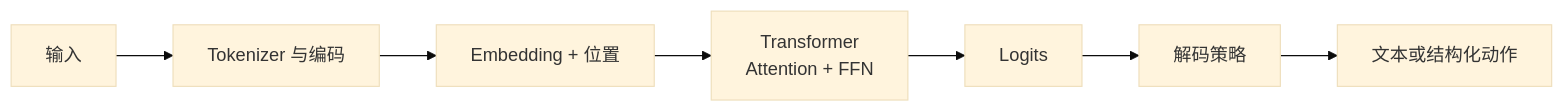
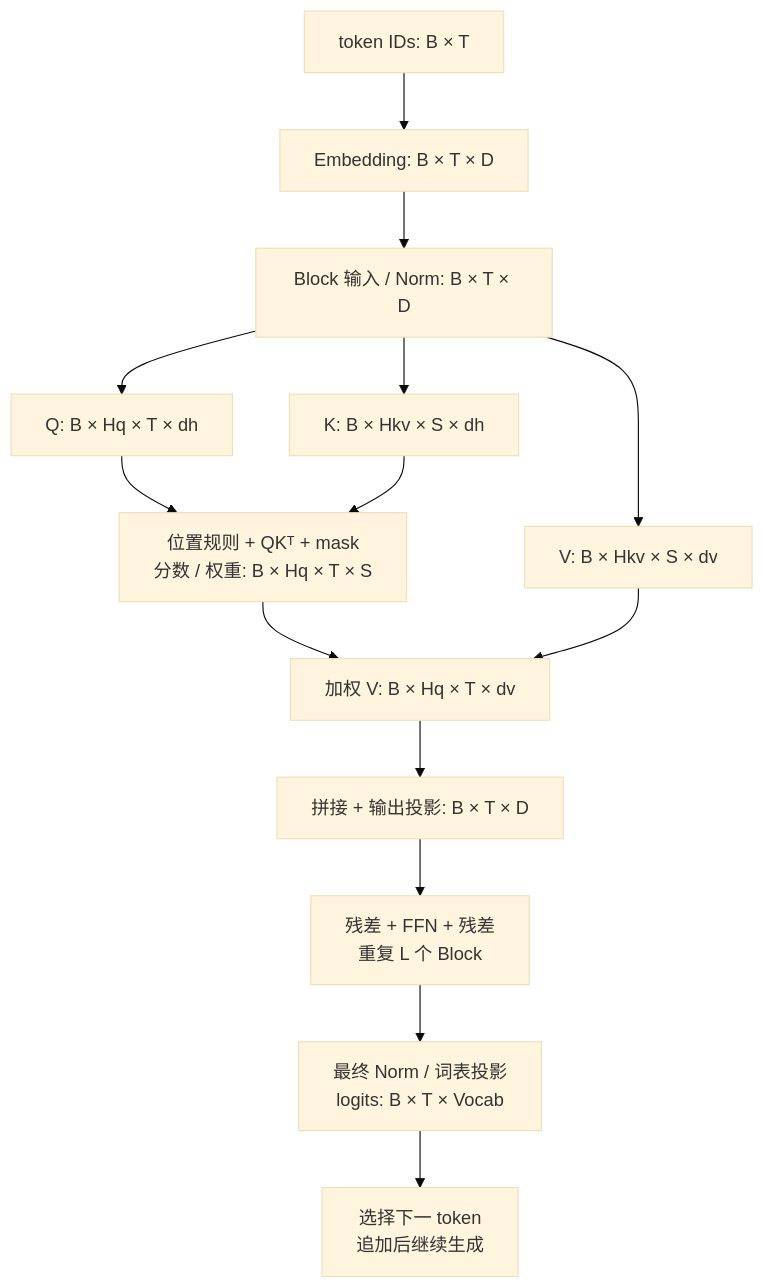
Before and after one commit to wxquare/wxquare.github.io: the first of 2 diagrams in books/ai-book/src/part1/01-llm-foundations-transformer.md, drawn with Mermaid (base theme). The commit also changed other lines of this file and 8 other files, not shown here.

````diff
--- a/books/ai-book/src/part1/01-llm-foundations-transformer.md
+++ b/books/ai-book/src/part1/01-llm-foundations-transformer.md
@@ -66,9 +37,16 @@
 ```mermaid
-flowchart LR
-    A["输入"] --> B["Tokenizer 与编码"]
-    B --> C["Embedding + 位置"]
-    C --> D["Transformer\nAttention + FFN"]
-    D --> E["Logits"]
-    E --> F["解码策略"]
-    F --> G["文本或结构化动作"]
+flowchart TD
+    A["token IDs: B × T"] --> E["Embedding: B × T × D"]
+    E --> N["Block 输入 / Norm: B × T × D"]
+    N --> Q["Q: B × Hq × T × dh"]
+    N --> K["K: B × Hkv × S × dh"]
+    N --> V["V: B × Hkv × S × dv"]
+    Q --> P["位置规则 + QKᵀ + mask<br/>分数 / 权重: B × Hq × T × S"]
+    K --> P
+    P --> Z["加权 V: B × Hq × T × dv"]
+    V --> Z
+    Z --> O["拼接 + 输出投影: B × T × D"]
+    O --> R["残差 + FFN + 残差<br/>重复 L 个 Block"]
+    R --> F["最终 Norm / 词表投影<br/>logits: B × T × Vocab"]
+    F --> G["选择下一 token<br/>追加后继续生成"]
 ```
````
